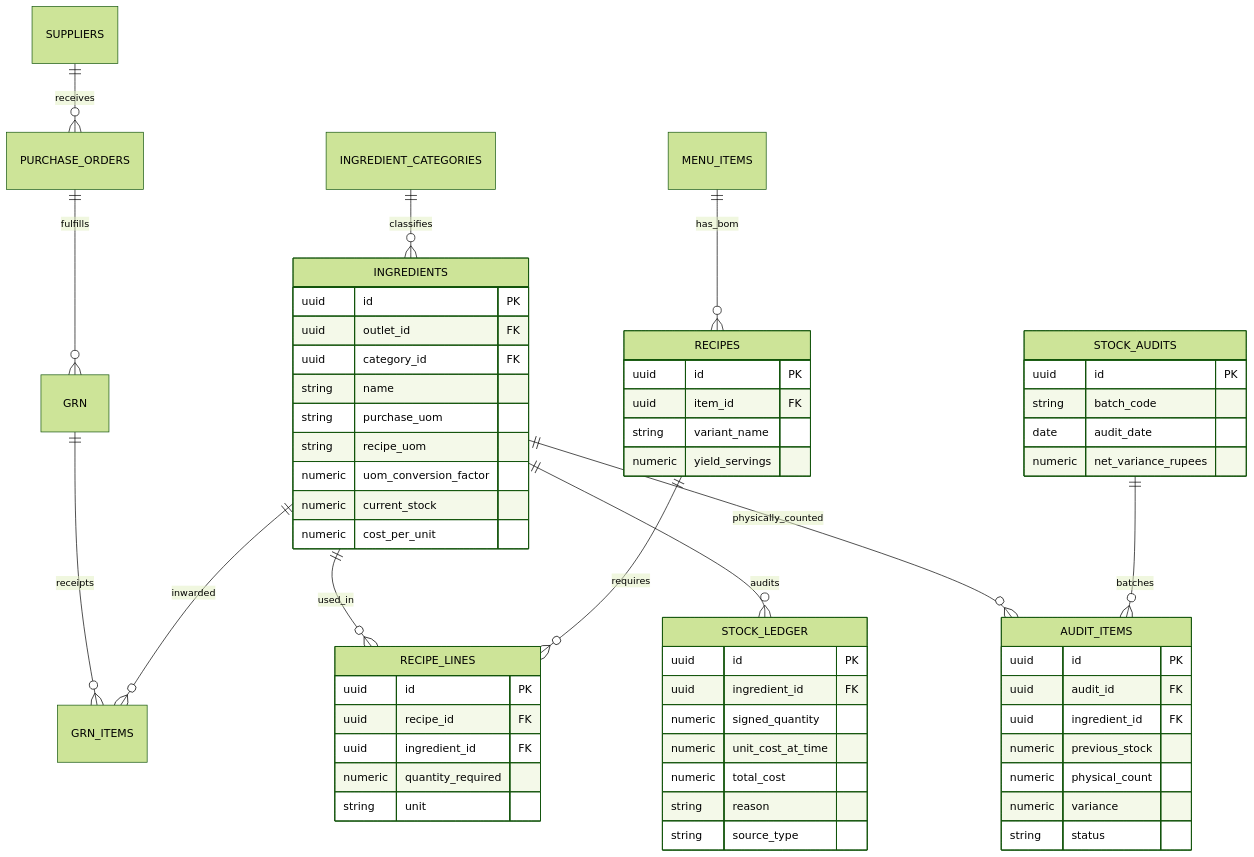
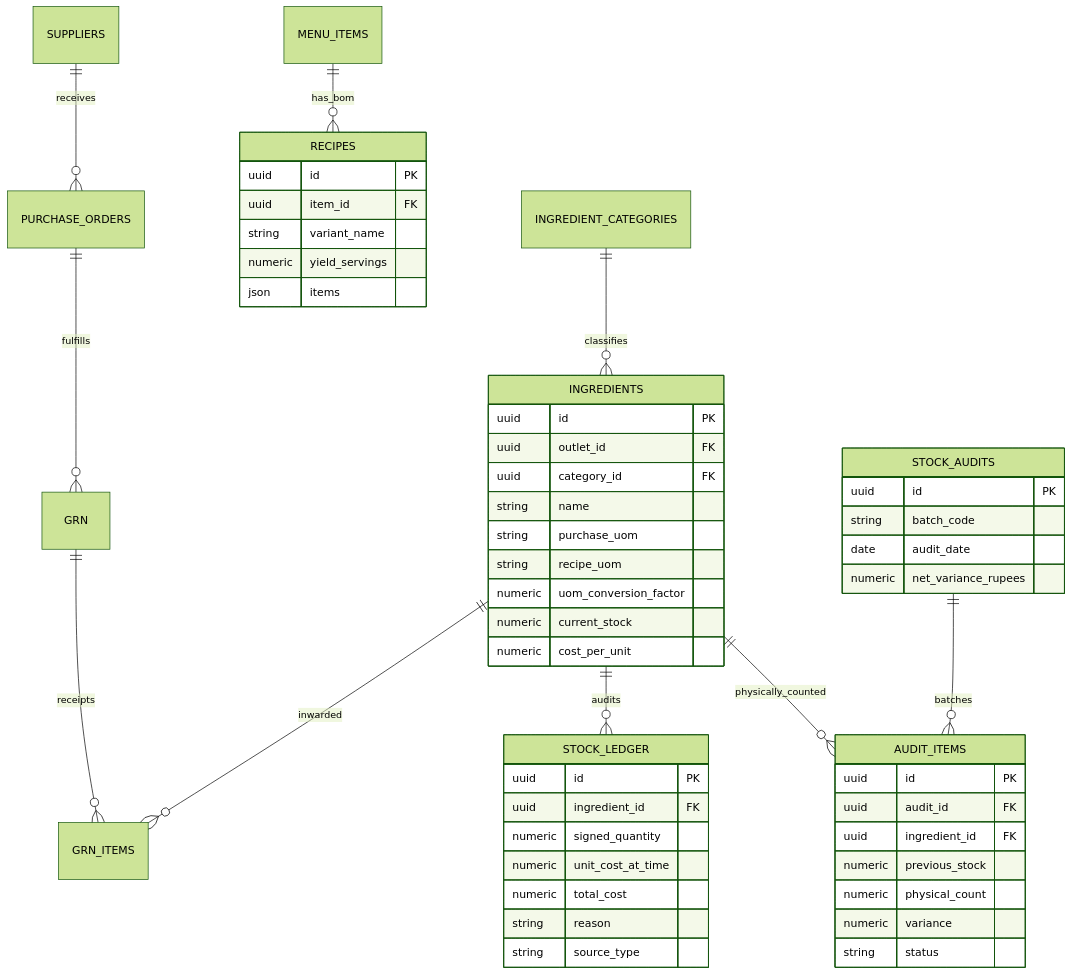
The sixth of 15 diagrams in README.md (naiyo-24/SirfBill_Backend_Restraunt), drawn with Mermaid (forest theme) before and after one commit. The commit also changed other lines of this file, not shown here.

Commit message:
docs(readme): update architecture, erds, and migrations for final consolidated schema

````diff
--- a/README.md
+++ b/README.md
@@ -428,68 +453,59 @@
 ```mermaid
 erDiagram
   INGREDIENT_CATEGORIES ||--o{ INGREDIENTS : classifies
-  INGREDIENTS ||--o{ RECIPE_LINES : used_in
   MENU_ITEMS ||--o{ RECIPES : has_bom
-  RECIPES ||--o{ RECIPE_LINES : requires
   INGREDIENTS ||--o{ STOCK_LEDGER : audits
   INGREDIENTS ||--o{ AUDIT_ITEMS : physically_counted
   STOCK_AUDITS ||--o{ AUDIT_ITEMS : batches
   SUPPLIERS ||--o{ PURCHASE_ORDERS : receives
   PURCHASE_ORDERS ||--o{ GRN : fulfills
   GRN ||--o{ GRN_ITEMS : receipts
   INGREDIENTS ||--o{ GRN_ITEMS : inwarded
 
   INGREDIENTS {
     uuid id PK
     uuid outlet_id FK
     uuid category_id FK
     string name
     string purchase_uom
     string recipe_uom
     numeric uom_conversion_factor
     numeric current_stock
     numeric cost_per_unit
   }
 
   RECIPES {
     uuid id PK
     uuid item_id FK
     string variant_name
     numeric yield_servings
-  }
-
-  RECIPE_LINES {
-    uuid id PK
-    uuid recipe_id FK
-    uuid ingredient_id FK
-    numeric quantity_required
-    string unit
+    json items
   }
 
   STOCK_LEDGER {
     uuid id PK
     uuid ingredient_id FK
     numeric signed_quantity
     numeric unit_cost_at_time
     numeric total_cost
     string reason
     string source_type
   }
 
   STOCK_AUDITS {
     uuid id PK
     string batch_code
     date audit_date
     numeric net_variance_rupees
   }
 
   AUDIT_ITEMS {
     uuid id PK
     uuid audit_id FK
     uuid ingredient_id FK
     numeric previous_stock
     numeric physical_count
     numeric variance
     string status
   }
 ```
````
